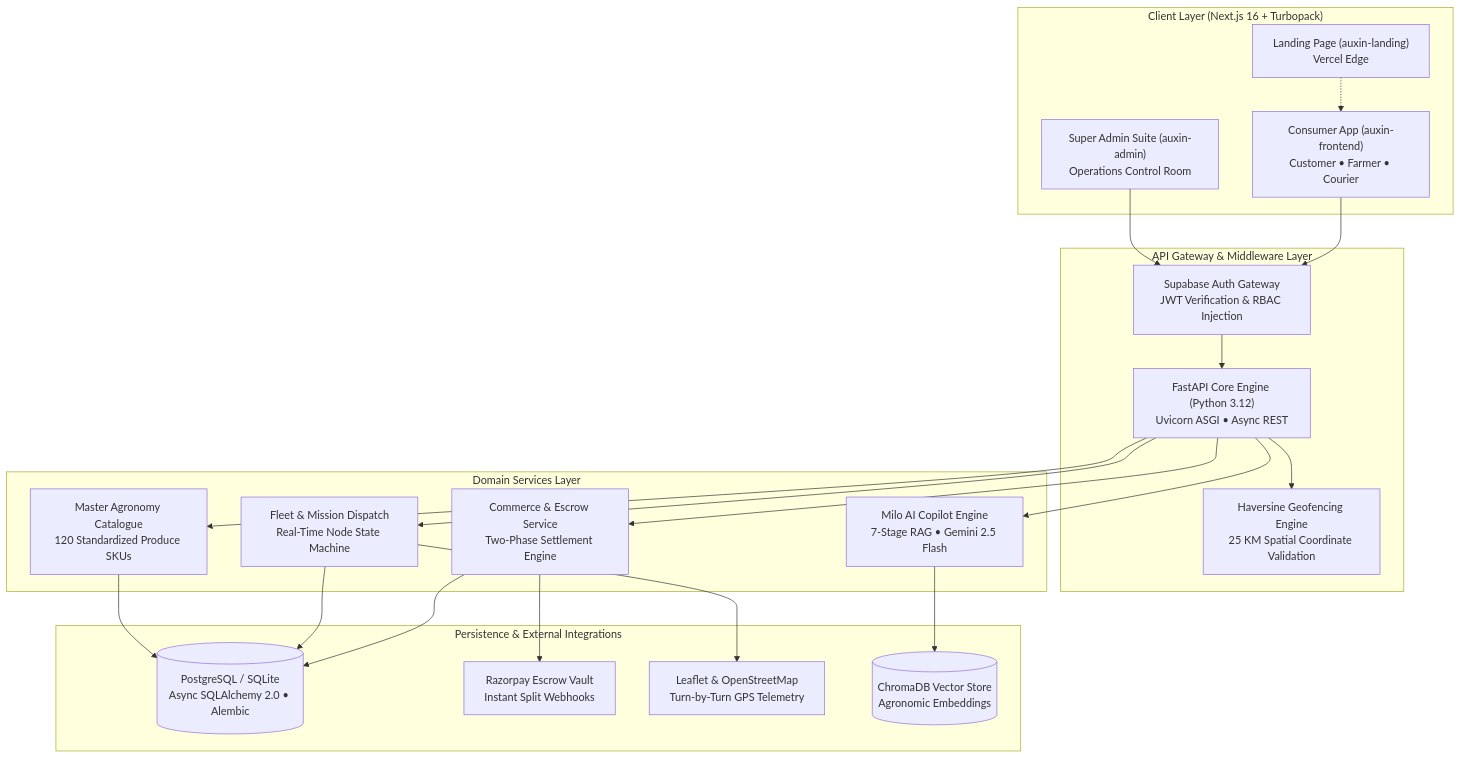
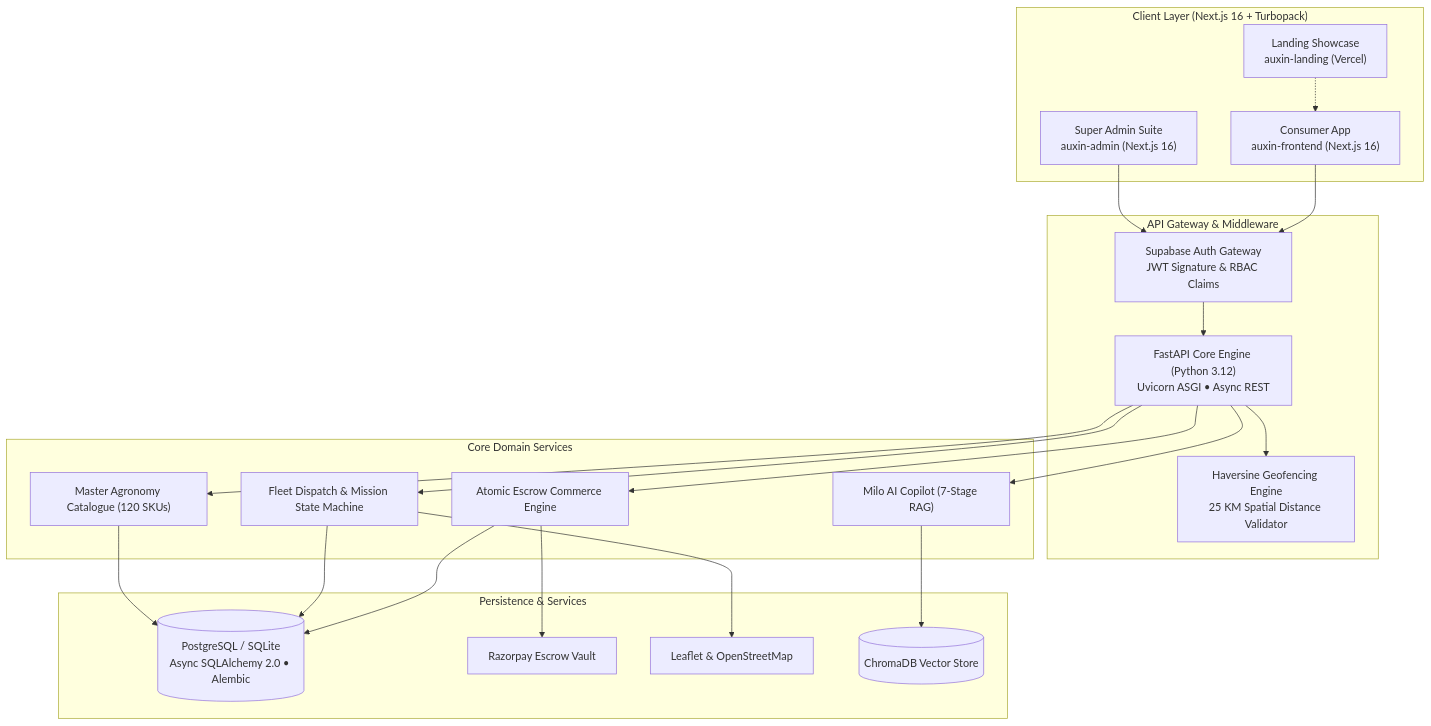
The second of 2 diagrams in README.md (SumanthMamidi-MNS/Auxin), drawn with Mermaid before and after one commit. The commit also changed other lines of this file, not shown here.

Commit message:
feat(docs): streamline README into lean, recruiter-first showcase with forest & earth badges, 10-point TOC, and live landing integration

````diff
--- a/README.md
+++ b/README.md
@@ -453,45 +264,45 @@
 ```mermaid
 flowchart TB
     subgraph Clients["Client Layer (Next.js 16 + Turbopack)"]
-        CL["Landing Page (auxin-landing)<br>Vercel Edge"]
-        CF["Consumer App (auxin-frontend)<br>Customer • Farmer • Courier"]
-        CA["Super Admin Suite (auxin-admin)<br>Operations Control Room"]
+        CL["Landing Showcase<br>auxin-landing (Vercel)"]
+        CF["Consumer App<br>auxin-frontend (Next.js 16)"]
+        CA["Super Admin Suite<br>auxin-admin (Next.js 16)"]
     end
 
-    subgraph Gateway["API Gateway & Middleware Layer"]
+    subgraph Gateway["API Gateway & Middleware"]
         API["FastAPI Core Engine (Python 3.12)<br>Uvicorn ASGI • Async REST"]
-        AUTH["Supabase Auth Gateway<br>JWT Verification & RBAC Injection"]
-        GEO["Haversine Geofencing Engine<br>25 KM Spatial Coordinate Validation"]
+        AUTH["Supabase Auth Gateway<br>JWT Signature & RBAC Claims"]
+        GEO["Haversine Geofencing Engine<br>25 KM Spatial Distance Validator"]
     end
 
-    subgraph CoreServices["Domain Services Layer"]
-        ORD["Commerce & Escrow Service<br>Two-Phase Settlement Engine"]
-        DEL["Fleet & Mission Dispatch<br>Real-Time Node State Machine"]
-        CAT["Master Agronomy Catalogue<br>120 Standardized Produce SKUs"]
-        MILO["Milo AI Copilot Engine<br>7-Stage RAG • Gemini 2.5 Flash"]
+    subgraph Services["Core Domain Services"]
+        ORD["Atomic Escrow Commerce Engine"]
+        DEL["Fleet Dispatch & Mission State Machine"]
+        CAT["Master Agronomy Catalogue (120 SKUs)"]
+        MILO["Milo AI Copilot (7-Stage RAG)"]
     end
 
-    subgraph DataLayer["Persistence & External Integrations"]
+    subgraph Data["Persistence & Services"]
         DB[(PostgreSQL / SQLite<br>Async SQLAlchemy 2.0 • Alembic)]
-        RP["Razorpay Escrow Vault<br>Instant Split Webhooks"]
-        OSM["Leaflet & OpenStreetMap<br>Turn-by-Turn GPS Telemetry"]
-        VEC[(ChromaDB Vector Store<br>Agronomic Embeddings)]
+        RP["Razorpay Escrow Vault"]
+        OSM["Leaflet & OpenStreetMap"]
+        VEC[(ChromaDB Vector Store)]
     end
 
     CL -.-> CF
     CF --> AUTH
     CA --> AUTH
     AUTH --> API
     API --> GEO
     API --> ORD
     API --> DEL
     API --> CAT
     API --> MILO
 
     ORD --> DB
     ORD --> RP
     DEL --> DB
     DEL --> OSM
     CAT --> DB
     MILO --> VEC
 ```
````
